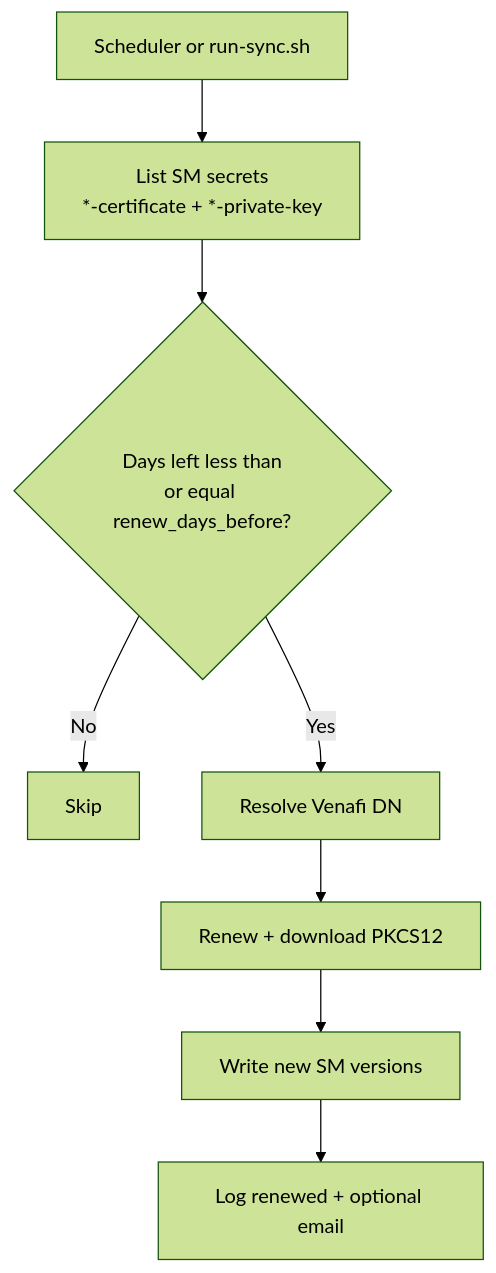
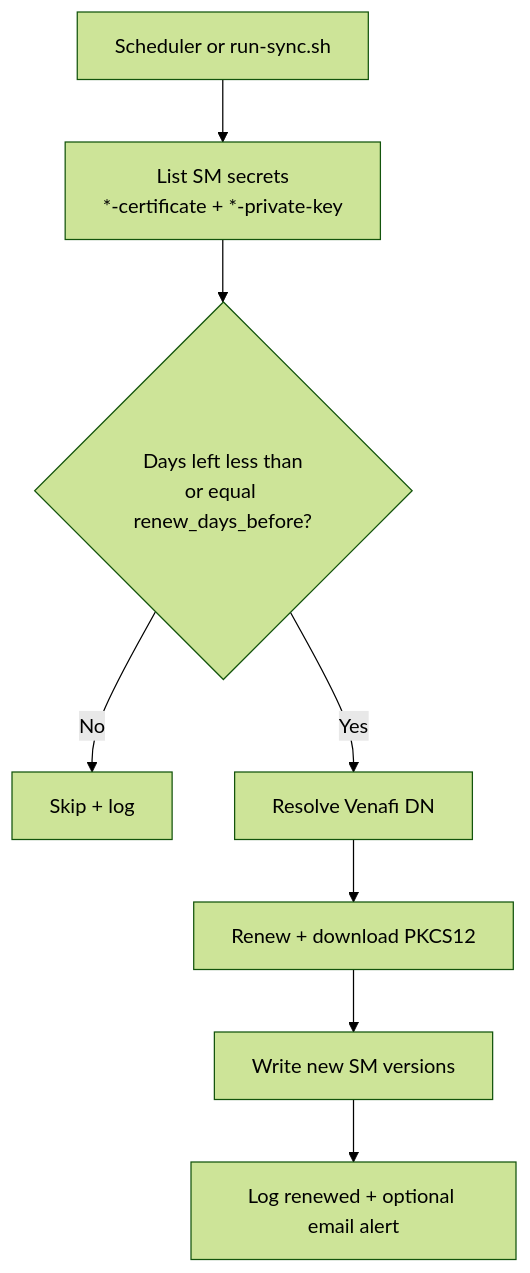
The second of 3 diagrams in README.md (Terra-GCP/venafi-cert-automation), drawn with Mermaid (forest theme) before and after one commit. The commit also changed other lines of this file, not shown here.

````diff
--- a/README.md
+++ b/README.md
@@ -40,10 +137,10 @@
 ```mermaid
 flowchart TD
   A[Scheduler or run-sync.sh] --> B[List SM secrets<br/>*-certificate + *-private-key]
   B --> C{Days left less than<br/>or equal renew_days_before?}
-  C -->|No| D[Skip]
+  C -->|No| D[Skip + log]
   C -->|Yes| E[Resolve Venafi DN]
   E --> F[Renew + download PKCS12]
   F --> G[Write new SM versions]
-  G --> H[Log renewed + optional email]
+  G --> H[Log renewed + optional email alert]
 ```
````
